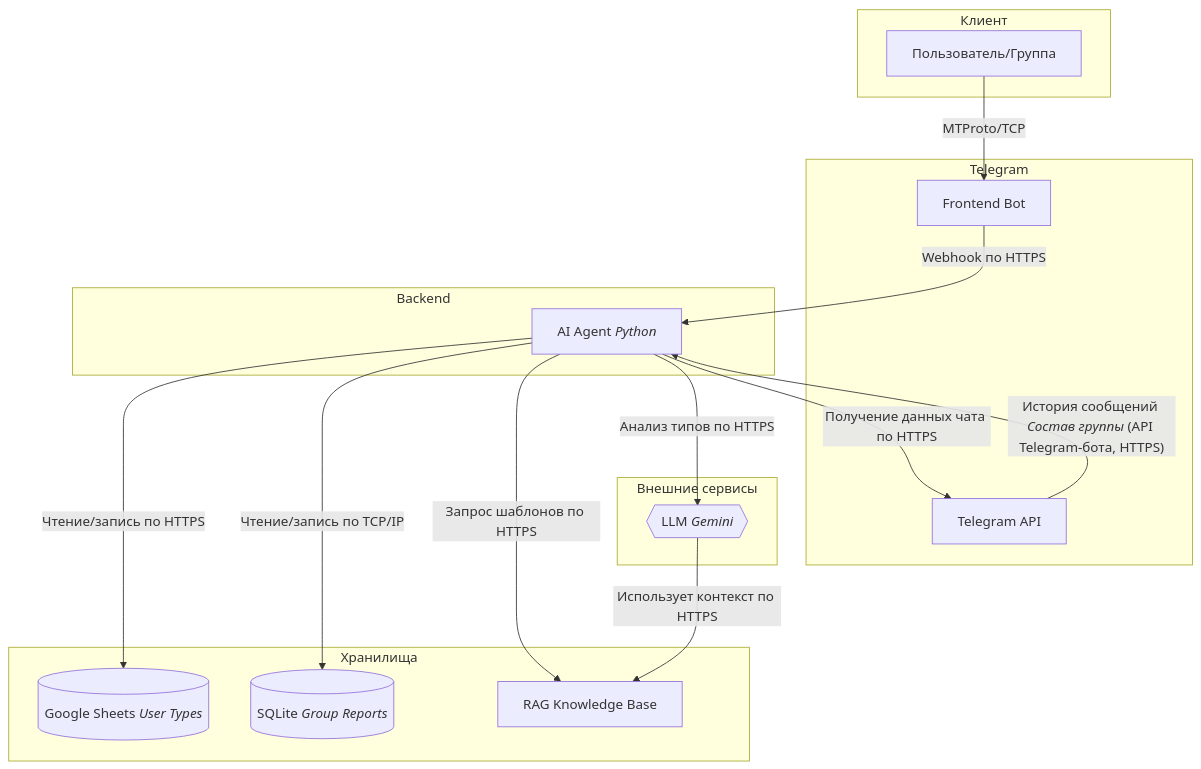
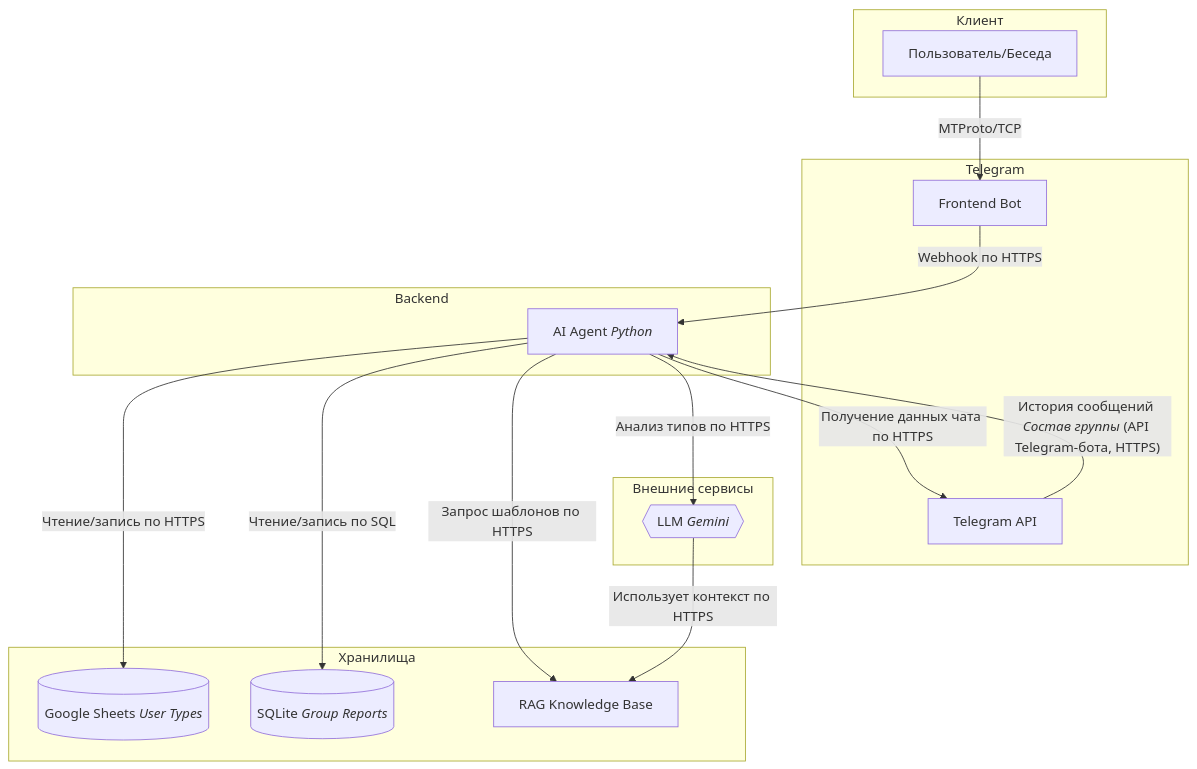
One commit to toxicneka/catlover changed the diagram in README.md. Above: the diagram before and after it, drawn with Mermaid.

````diff
--- a/README.md
+++ b/README.md
@@ -1,35 +1,35 @@
 ```mermaid
 graph TD
     subgraph "Клиент"
-        A[Пользователь/Группа]
+        A[Пользователь/Беседа]
     end
 
     subgraph "Telegram"
         B[Frontend Bot]
         I[Telegram API]
     end
 
     subgraph "Backend"
         D[AI Agent <i>Python</i>]
     end
 
     subgraph "Хранилища"
         E[(Google Sheets <i>User Types</i>)]
         F[(SQLite <i>Group Reports</i>)]
         J[RAG Knowledge Base]
     end
 
     subgraph "Внешние сервисы"
         G{{LLM <i>Gemini</i>}}
     end
 
     A -- MTProto/TCP --> B
     B -- Webhook по HTTPS --> D
     D -- Чтение/запись по HTTPS --> E
-    D -- Чтение/запись по TCP/IP --> F
+    D -- Чтение/запись по SQL --> F
     D -- Запрос шаблонов по HTTPS --> J
     D -- Анализ типов по HTTPS --> G
     D -- Получение данных чата по HTTPS --> I
     G -- Использует контекст по HTTPS --> J
     I -- История сообщений <i>Состав группы</i> (API Telegram-бота, HTTPS) --> D
 ```
````
